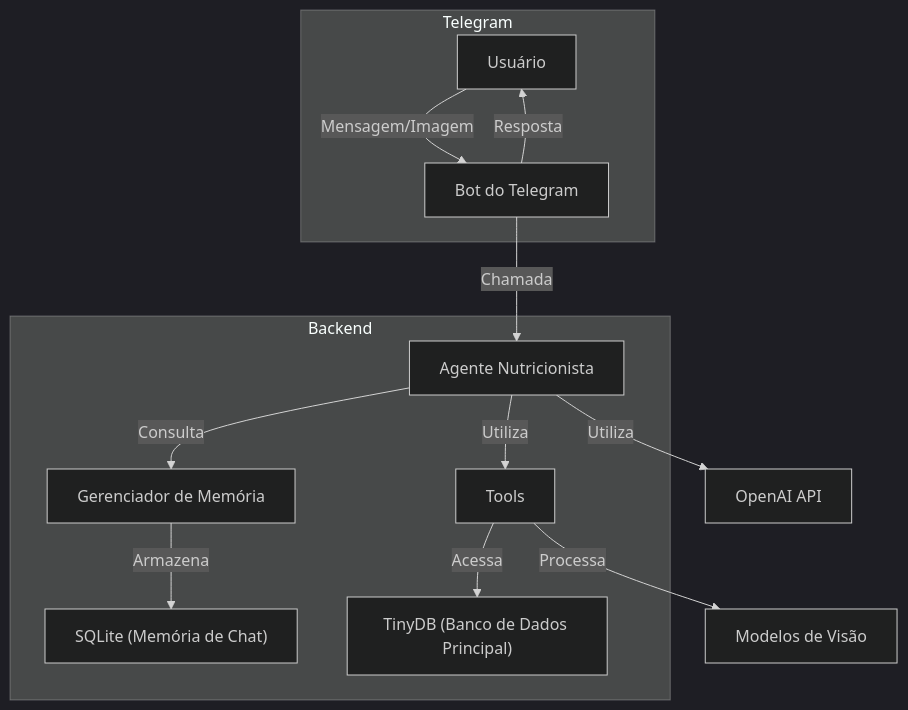
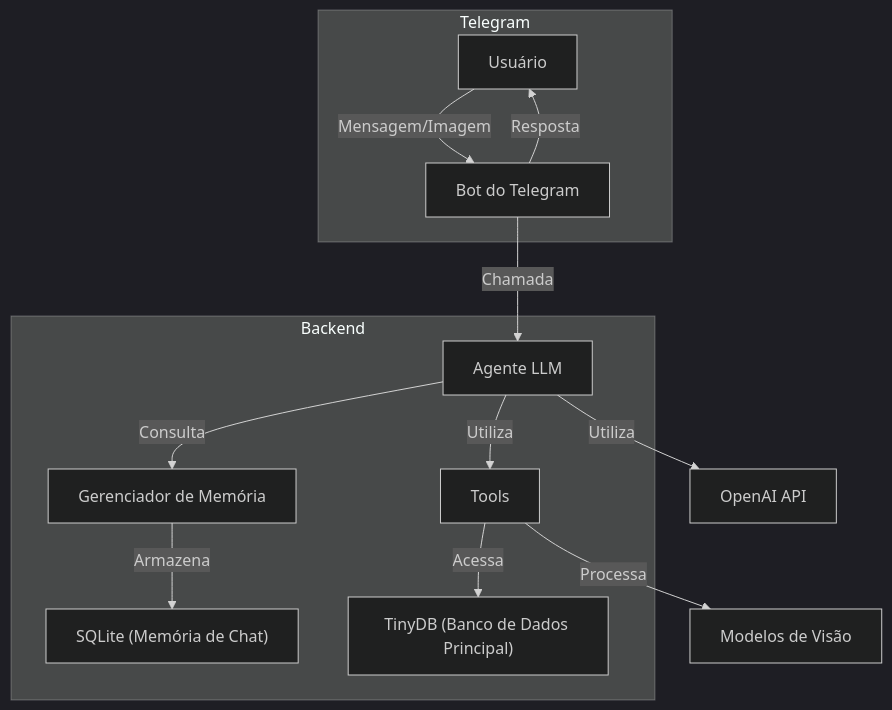
One commit to MariliaGQ/telegram-llm-agent changed the diagram in README.md. Above: the diagram before and after it, drawn with Mermaid (dark theme). The commit also changed other lines of this file, not shown here.

````diff
--- a/README.md
+++ b/README.md
@@ -17,18 +56,19 @@
 ```mermaid
 graph TD
     subgraph Telegram
         A[Usuário] -- Mensagem/Imagem --> B[Bot do Telegram]
         B -- Resposta --> A
     end
 
-    B -- Chamada --> C[Agente Nutricionista]
+    B -- Chamada --> C[Agente LLM]
 
     subgraph Backend
         C -- Consulta --> D[Gerenciador de Memória]
         D -- Armazena --> F["SQLite (Memória de Chat)"]
         C -- Utiliza --> E[Tools]
         E -- Acessa --> G["TinyDB (Banco de Dados Principal)"]
     end
+
     C -- Utiliza --> H[OpenAI API]
     E -- Processa --> I["Modelos de Visão"]
 ```
````
